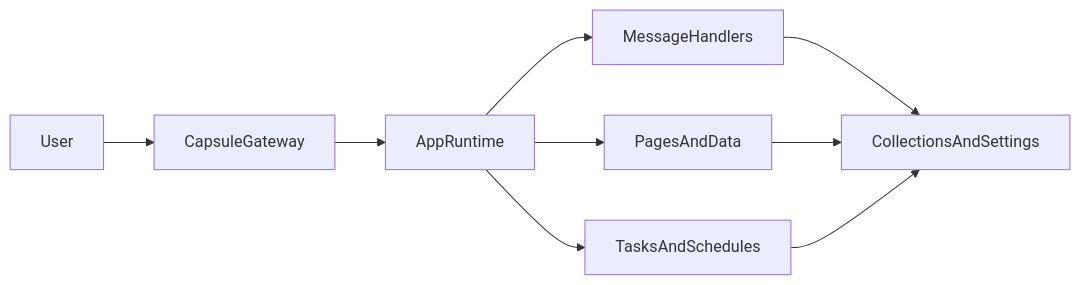
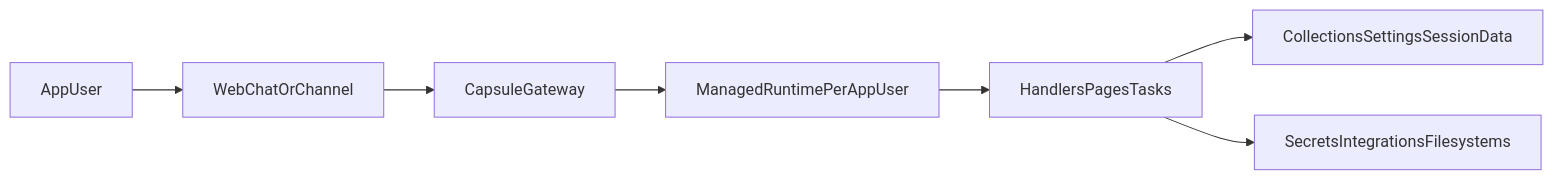
Before and after one commit to beam-cloud/capsule-docs: the diagram in concepts/app-model-and-runtime.mdx, drawn with Mermaid. The commit also changed other lines of this file and 14 other files, not shown here.

````diff
--- a/concepts/app-model-and-runtime.mdx
+++ b/concepts/app-model-and-runtime.mdx
@@ -32,11 +36,9 @@
 ```mermaid
 flowchart LR
-    user[User] --> gateway[CapsuleGateway]
-    gateway --> runner[AppRuntime]
-    runner --> messageHandlers[MessageHandlers]
-    runner --> pageLayer[PagesAndData]
-    runner --> backgroundLayer[TasksAndSchedules]
-    messageHandlers --> stateLayer[CollectionsAndSettings]
-    pageLayer --> stateLayer
-    backgroundLayer --> stateLayer
+    appUser[AppUser] --> surface[WebChatOrChannel]
+    surface --> gateway[CapsuleGateway]
+    gateway --> runtime[ManagedRuntimePerAppUser]
+    runtime --> logic[HandlersPagesTasks]
+    logic --> state[CollectionsSettingsSessionData]
+    logic --> resources[SecretsIntegrationsFilesystems]
 ```
````
